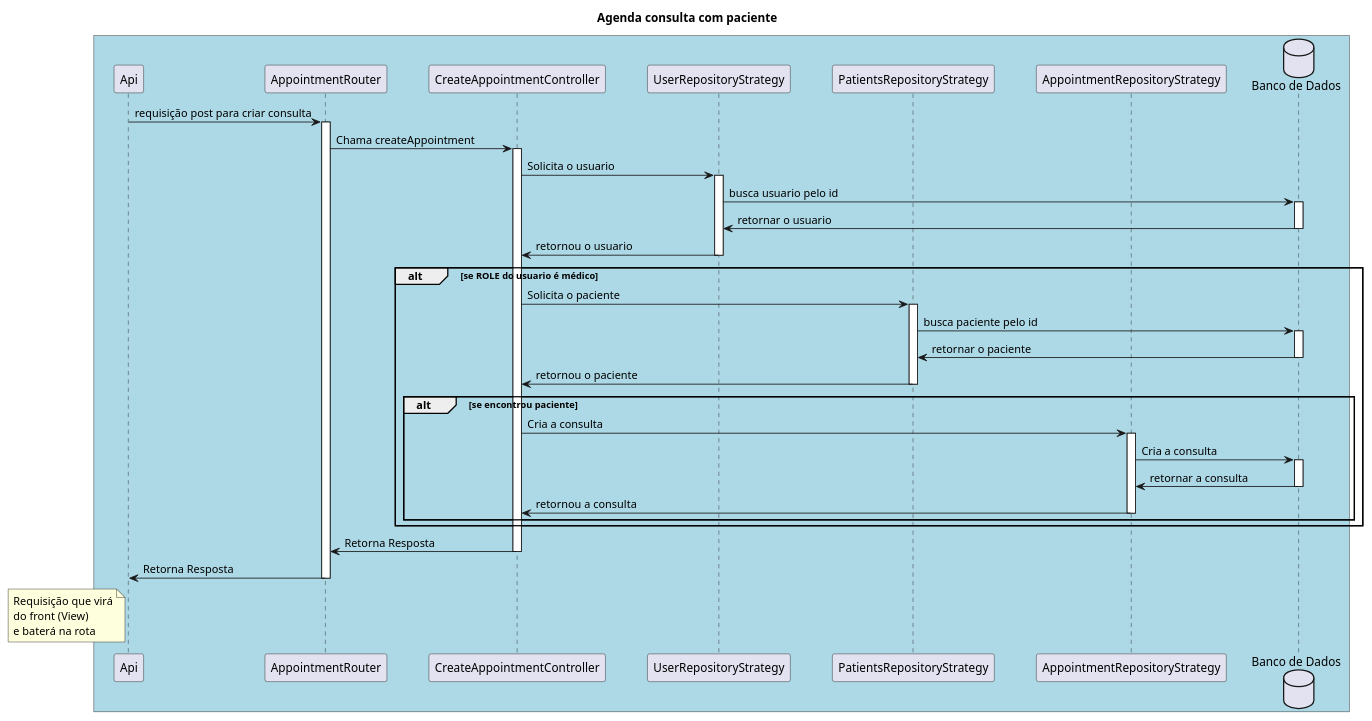
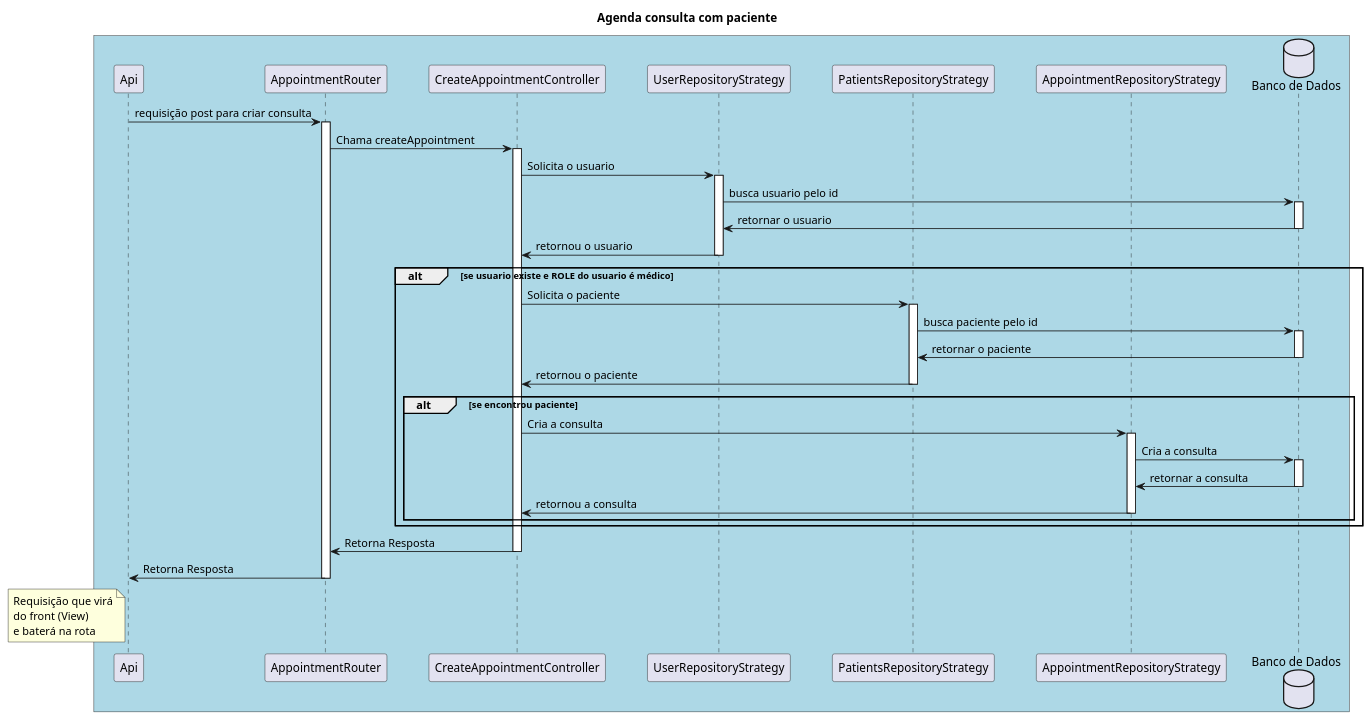
The diagram in docs/sequencia/agenda-consulta.puml (vaniacourses/projeto-software-robson-caetano), drawn with PlantUML before and after one commit.

Commit message:
improvement 'agenda-conulta' sequence diagram

```diff
--- a/docs/sequencia/agenda-consulta.puml
+++ b/docs/sequencia/agenda-consulta.puml
@@ -1,67 +1,67 @@
 @startuml
 skinparam participantPadding 20
 skinparam boxPadding 10
 
 title "Agenda consulta com paciente" 
 
 box #LightBlue
 participant "Api" as A
 participant "AppointmentRouter" as R
 participant "CreateAppointmentController" as C
 participant "UserRepositoryStrategy" as URP
 participant "PatientsRepositoryStrategy" as PRP
 participant "AppointmentRepositoryStrategy" as ARP
 database "Banco de Dados" as DB
 
 A -> R: requisição post para criar consulta
 activate R
 R -> C: Chama createAppointment
 activate C
 
 C -> URP: Solicita o usuario
 activate URP
 URP -> DB: busca usuario pelo id
 activate DB
 DB -> URP: retornar o usuario
 deactivate DB
 URP -> C: retornou o usuario
 deactivate URP
 
-alt se ROLE do usuario é médico
+alt se usuario existe e ROLE do usuario é médico
     C -> PRP: Solicita o paciente
     activate PRP
     PRP -> DB: busca paciente pelo id
     activate DB
     DB -> PRP: retornar o paciente
     deactivate DB
     PRP -> C: retornou o paciente
     deactivate PRP
 
     alt se encontrou paciente
         C -> ARP: Cria a consulta
         activate ARP
         ARP -> DB: Cria a consulta
         activate DB
         DB -> ARP: retornar a consulta
         deactivate DB
         ARP -> C: retornou a consulta
         deactivate ARP
     end
 end
 
 
 'Retorna resposta'
 C -> R: Retorna Resposta
 deactivate C
 R -> A: Retorna Resposta
 deactivate R
 
 note left of A
     Requisição que virá
     do front (View)
     e baterá na rota
     '/appointments'.
 end note
 
 
 @enduml
```
